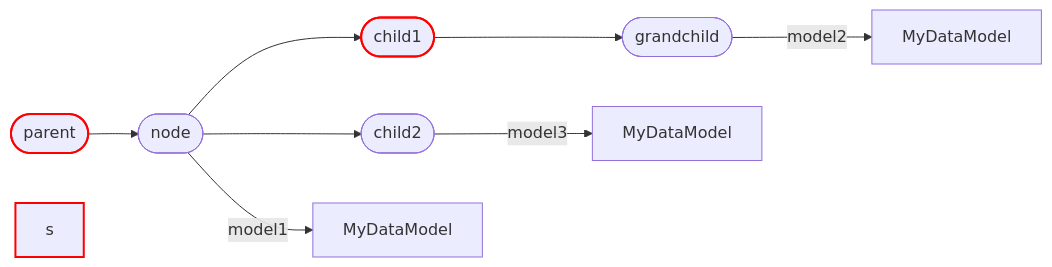
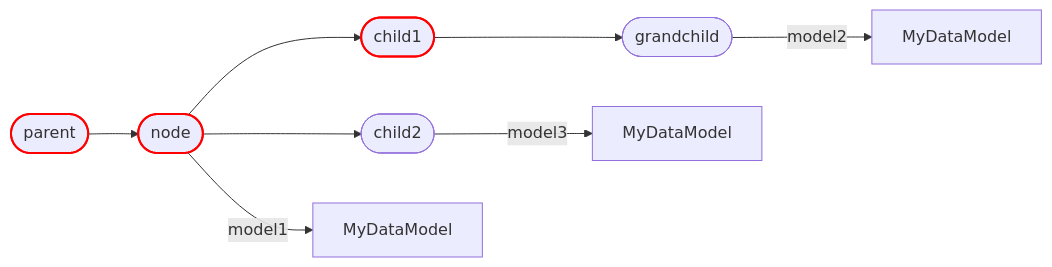
The eighth of 8 diagrams in docs/usage.md (rmorshea/artigraph), drawn with Mermaid before and after one commit. The commit also changed other lines of this file and 1 other file, not shown here.

````diff
--- a/docs/usage.md
+++ b/docs/usage.md
@@ -457,23 +457,23 @@
 ```mermaid
 graph LR
     p([parent])
     n([node])
     c1([child1])
     c2([child2])
     g([grandchild])
     m1[MyDataModel]
     m2[MyDataModel]
     m3[MyDataModel]
 
     style p stroke:red,stroke-width:2px
-    style s stroke:red,stroke-width:2px
+    style n stroke:red,stroke-width:2px
     style c1 stroke:red,stroke-width:2px
 
     p --> n
     n --> |model1| m1
     n --> c1
     n --> c2
     c1 --> g
     g --> |model2| m2
     c2 --> |model3| m3
 ```
````
